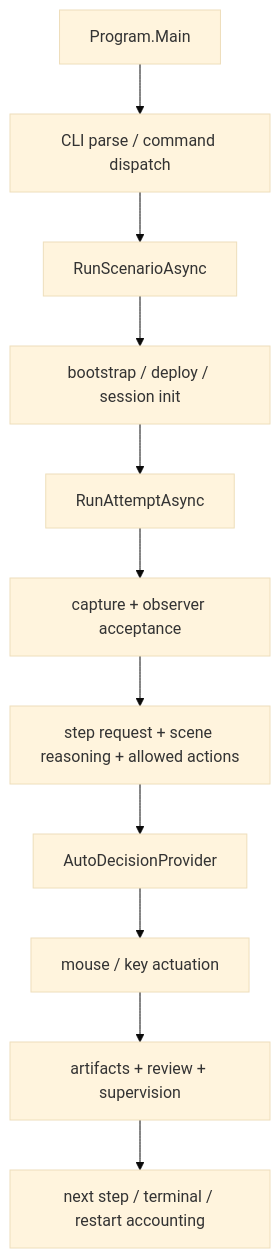
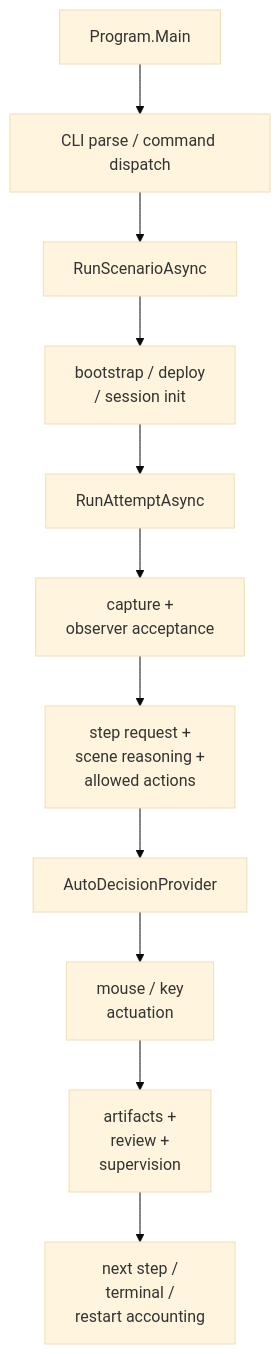
One commit to jidon333/STS2_Mod_AI_Companion changed the diagram in docs/reference/harness/GUI_SMOKE_HARNESS_ARCHITECTURE.md. Above: the diagram before and after it, drawn with Mermaid (base theme). The commit also changed 4 other files, not shown here.

Commit message:
Improve Mermaid readability in harness docs

````diff
--- a/docs/reference/harness/GUI_SMOKE_HARNESS_ARCHITECTURE.md
+++ b/docs/reference/harness/GUI_SMOKE_HARNESS_ARCHITECTURE.md
@@ -87,13 +87,13 @@
 ```mermaid
 flowchart TD
     A["Program.Main"] --> B["CLI parse / command dispatch"]
     B --> C["RunScenarioAsync"]
-    C --> D["bootstrap / deploy / session init"]
+    C --> D["bootstrap / deploy<br/>/ session init"]
     D --> E["RunAttemptAsync"]
-    E --> F["capture + observer acceptance"]
-    F --> G["step request + scene reasoning + allowed actions"]
+    E --> F["capture +<br/>observer acceptance"]
+    F --> G["step request +<br/>scene reasoning +<br/>allowed actions"]
     G --> H["AutoDecisionProvider"]
-    H --> I["mouse / key actuation"]
-    I --> J["artifacts + review + supervision"]
-    J --> K["next step / terminal / restart accounting"]
+    H --> I["mouse / key<br/>actuation"]
+    I --> J["artifacts +<br/>review +<br/>supervision"]
+    J --> K["next step /<br/>terminal /<br/>restart accounting"]
 ```
````
